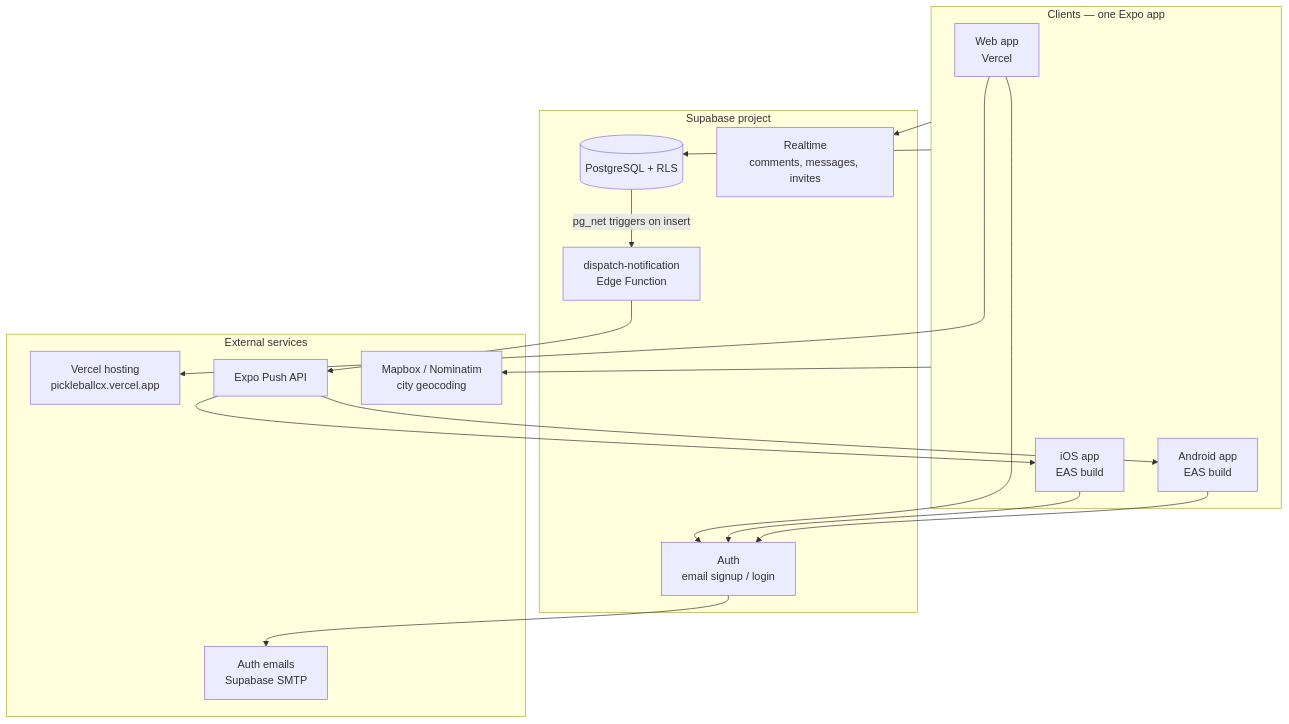
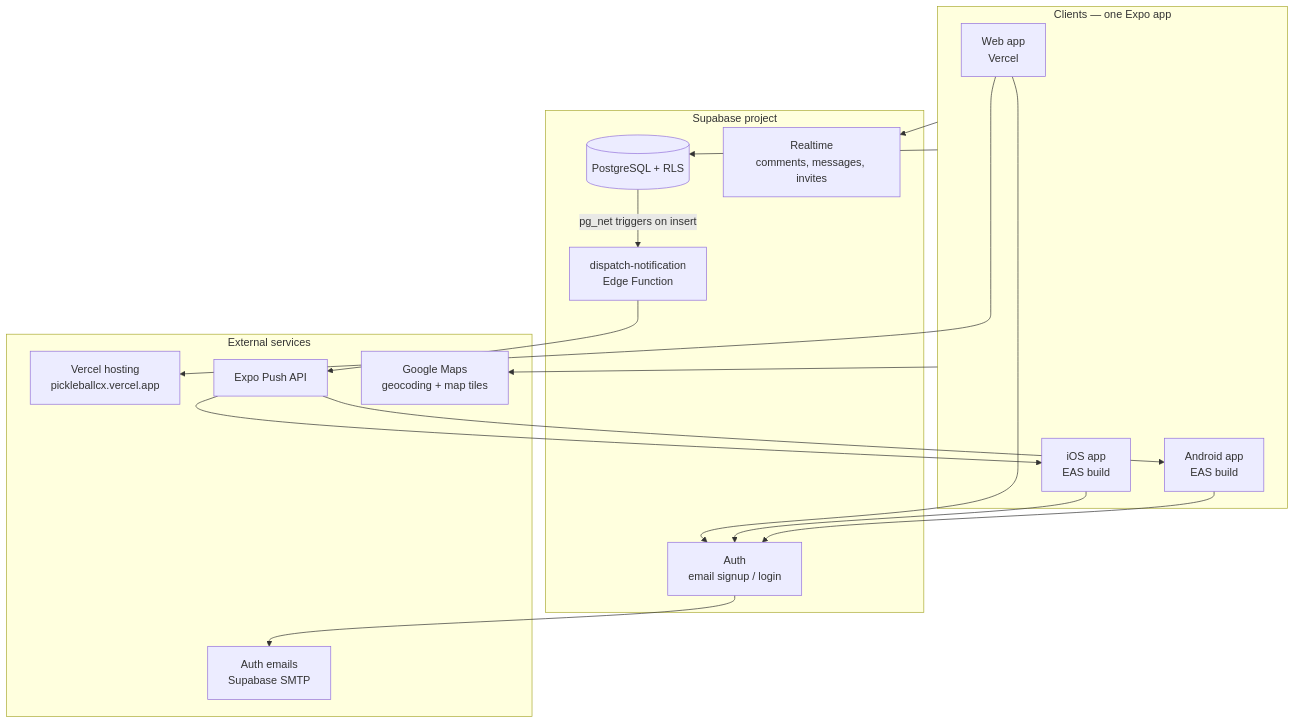
The first of 5 diagrams in docs/ARCHITECTURE.md (yunx14/PickleballCX), drawn with Mermaid before and after one commit. The commit also changed other lines of this file and 23 other files, not shown here.

Commit message:
google maps

````diff
--- a/docs/ARCHITECTURE.md
+++ b/docs/ARCHITECTURE.md
@@ -13,37 +13,37 @@
 ```mermaid
 flowchart TB
   subgraph clients [Clients — one Expo app]
     Web[Web app<br/>Vercel]
     iOS[iOS app<br/>EAS build]
     Android[Android app<br/>EAS build]
   end
 
   subgraph supabase [Supabase project]
     Auth[Auth<br/>email signup / login]
     DB[(PostgreSQL + RLS)]
     Realtime[Realtime<br/>comments, messages, invites]
     EdgeFn[dispatch-notification<br/>Edge Function]
   end
 
   subgraph external [External services]
     Vercel[Vercel hosting<br/>pickleballcx.vercel.app]
     ExpoPush[Expo Push API]
-    Mapbox[Mapbox / Nominatim<br/>city geocoding]
+    GoogleMaps[Google Maps<br/>geocoding + map tiles]
     Email[Auth emails<br/>Supabase SMTP]
   end
 
   Web --> Vercel
   Web --> Auth
   iOS --> Auth
   Android --> Auth
 
   clients --> DB
   clients --> Realtime
-  clients --> Mapbox
+  clients --> GoogleMaps
 
   Auth --> Email
   DB -->|pg_net triggers on insert| EdgeFn
   EdgeFn --> ExpoPush
   ExpoPush --> iOS
   ExpoPush --> Android
 ```
````
